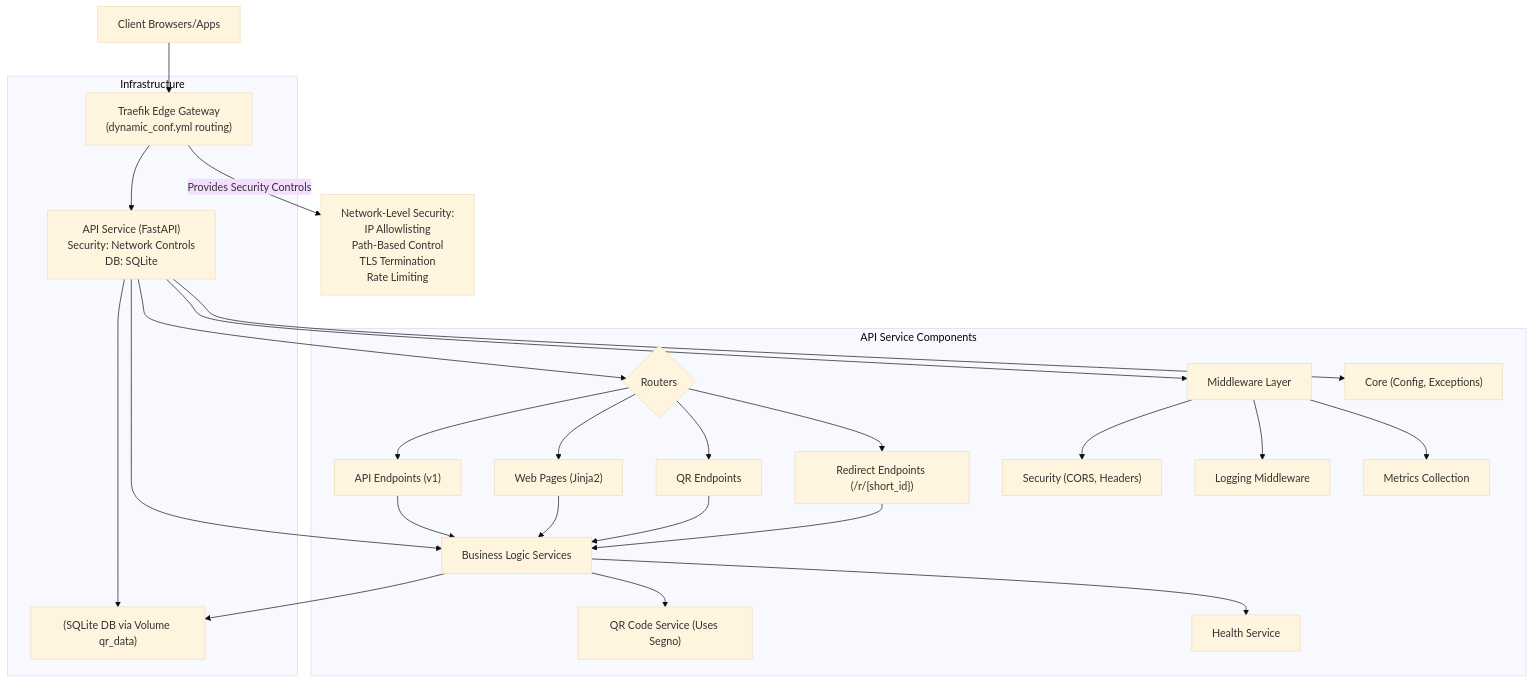
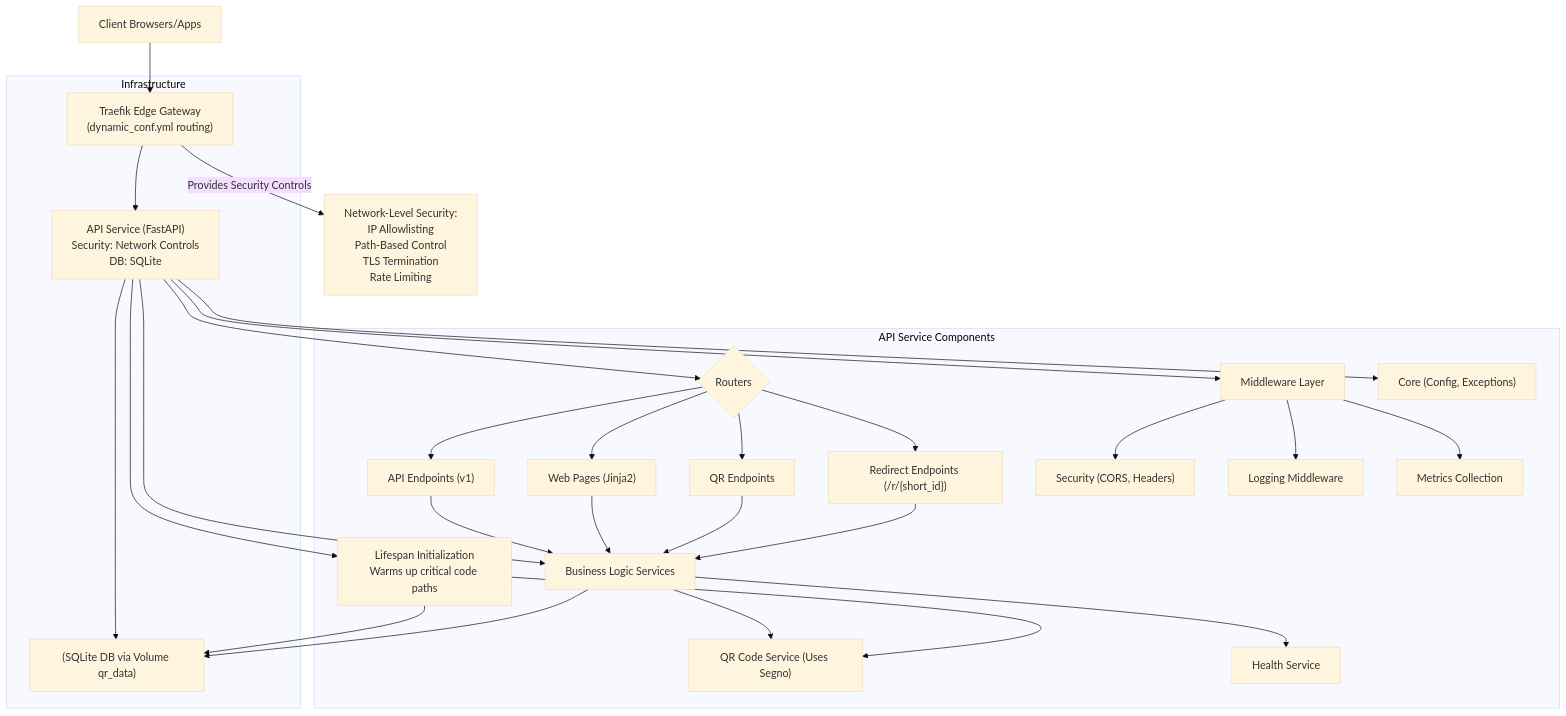
One commit to gsinghjay/mvp_qr_gen changed the first of 3 diagrams in STORY.md. Above: the diagram before and after it, drawn with Mermaid (base theme). The commit also changed other lines of this file, not shown here.

````diff
--- a/STORY.md
+++ b/STORY.md
@@ -5,37 +5,41 @@
 ```mermaid
 graph TD
     Client["Client Browsers/Apps"] --> Traefik["Traefik Edge Gateway<br>(dynamic_conf.yml routing)"]
 
     subgraph "Infrastructure"
         Traefik --> API_Service["API Service (FastAPI)<br>Security: Network Controls<br>DB: SQLite"]
         API_Service --> API_DB["(SQLite DB via Volume qr_data)"]
     end
 
     subgraph "API Service Components"
         API_Service --> Routers{"Routers"}
         Routers --> API_Endpoints["API Endpoints (v1)"]
         Routers --> Web_Pages["Web Pages (Jinja2)"]
         Routers --> QR_Endpoints["QR Endpoints"]
         Routers --> Redirect_Endpoints["Redirect Endpoints (/r/{short_id})"]
 
         API_Service --> Middleware["Middleware Layer"]
         Middleware --> Security["Security (CORS, Headers)"]
         Middleware --> Logging["Logging Middleware"]
         Middleware --> Metrics["Metrics Collection"]
 
         API_Service --> Services["Business Logic Services"]
         Services --> QR_Service["QR Code Service (Uses Segno)"]
         Services --> Health_Service["Health Service"]
 
         API_Service --> Core["Core (Config, Exceptions)"]
+        
+        API_Service --> Initialization["Lifespan Initialization<br>Warms up critical code paths"]
+        Initialization --> QR_Service
+        Initialization --> API_DB
     end
 
     API_Endpoints --> Services
     Web_Pages --> Services
     QR_Endpoints --> Services
     Redirect_Endpoints --> Services
 
     Services --> API_DB
 
     Traefik -- "Provides Security Controls" --> Security_Controls["Network-Level Security:<br>IP Allowlisting<br>Path-Based Control<br>TLS Termination<br>Rate Limiting"]
 ```
````
